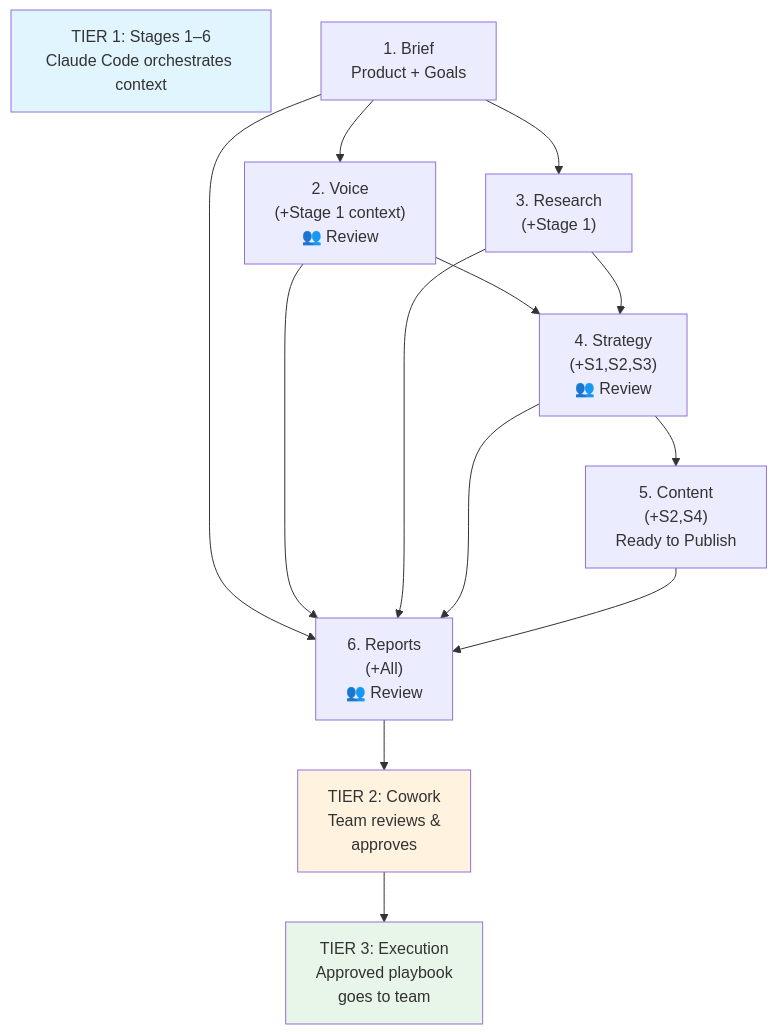
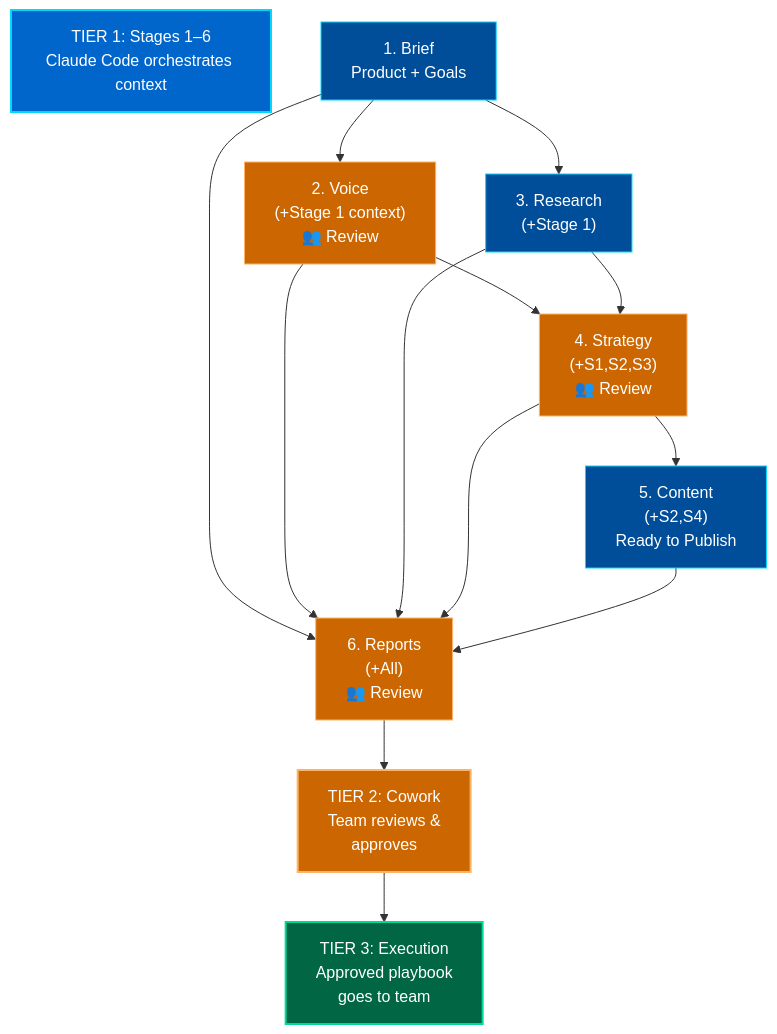
Before and after one commit to shireen168/marketing-os: the fourth of 4 diagrams in README.md, drawn with Mermaid. The commit also changed other lines of this file, not shown here.

First line of the commit message:
fix: improve Mermaid diagram contrast for dark mode

````diff
--- a/README.md
+++ b/README.md
@@ -239,28 +251,34 @@
 ```mermaid
 graph TD
     Tier1["TIER 1: Stages 1–6<br/>Claude Code orchestrates context"]
     S1["1. Brief<br/>Product + Goals"]
     S2["2. Voice<br/>(+Stage 1 context)<br/>👥 Review"]
     S3["3. Research<br/>(+Stage 1)"]
     S4["4. Strategy<br/>(+S1,S2,S3)<br/>👥 Review"]
     S5["5. Content<br/>(+S2,S4)<br/>Ready to Publish"]
     S6["6. Reports<br/>(+All)<br/>👥 Review"]
     
     S1 --> S2
     S1 --> S3
     S2 --> S4
     S3 --> S4
     S4 --> S5
     S1 --> S6
     S2 --> S6
     S3 --> S6
     S4 --> S6
     S5 --> S6
     
     S6 --> Tier2["TIER 2: Cowork<br/>Team reviews &<br/>approves"]
     Tier2 --> Tier3["TIER 3: Execution<br/>Approved playbook<br/>goes to team"]
     
-    style Tier1 fill:#e1f5ff
-    style Tier2 fill:#fff3e0
-    style Tier3 fill:#e8f5e9
+    style Tier1 fill:#0066cc,stroke:#00d9ff,color:#ffffff,stroke-width:2px
+    style S1 fill:#004d99,stroke:#00d9ff,color:#ffffff
+    style S2 fill:#cc6600,stroke:#ffb366,color:#ffffff
+    style S3 fill:#004d99,stroke:#00d9ff,color:#ffffff
+    style S4 fill:#cc6600,stroke:#ffb366,color:#ffffff
+    style S5 fill:#004d99,stroke:#00d9ff,color:#ffffff
+    style S6 fill:#cc6600,stroke:#ffb366,color:#ffffff
+    style Tier2 fill:#cc6600,stroke:#ffb366,color:#ffffff,stroke-width:2px
+    style Tier3 fill:#006644,stroke:#00d999,color:#ffffff,stroke-width:2px
 ```
````
